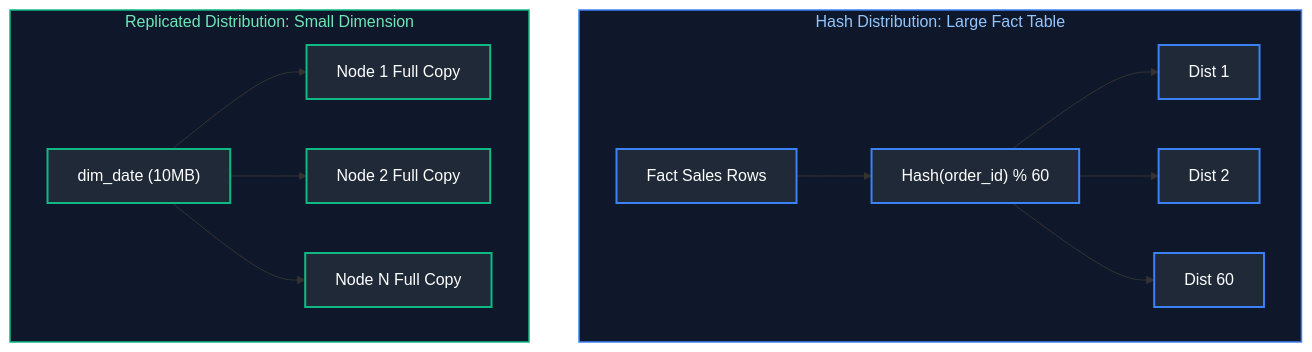
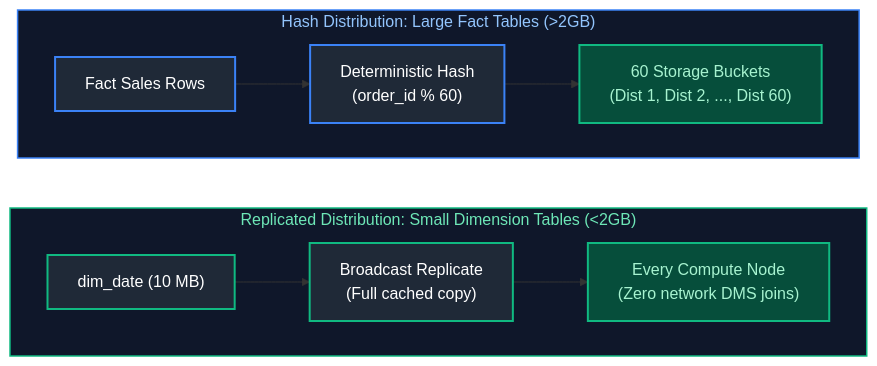
One commit to joydeep-biswas/Interview-Preparation changed the ninth of 12 diagrams in Data Engineering/13_azure_data_engineering_and_devops.md. Above: the diagram before and after it, drawn with Mermaid. The commit also changed other lines of this file and 76 other files, not shown here.

Commit message:
Updated Charts

````diff
--- a/Data Engineering/13_azure_data_engineering_and_devops.md
+++ b/Data Engineering/13_azure_data_engineering_and_devops.md
@@ -751,26 +756,24 @@
 ```mermaid
 flowchart TD
-    subgraph HashDist ["Hash Distribution: Large Fact Table"]
-        InFact["Fact Sales Rows"] --> HashFn["Hash(order_id) % 60"]
-        HashFn --> B1["Dist 1"] & B2["Dist 2"] & B60["Dist 60"]
+    subgraph HashDist ["Hash Distribution: Large Fact Tables (>2GB)"]
+        direction LR
+        InFact["Fact Sales Rows"] --> HashFn["Deterministic Hash<br/>(order_id % 60)"] --> Buckets["60 Storage Buckets<br/>(Dist 1, Dist 2, ..., Dist 60)"]
     end
 
-    subgraph ReplDist ["Replicated Distribution: Small Dimension"]
-        Dim["dim_date (10MB)"] --> RNode1["Node 1 Full Copy"]
-        Dim --> RNode2["Node 2 Full Copy"]
-        Dim --> RNodeN["Node N Full Copy"]
+    subgraph ReplDist ["Replicated Distribution: Small Dimension Tables (<2GB)"]
+        direction LR
+        Dim["dim_date (10 MB)"] --> Distribute["Broadcast Replicate<br/>(Full cached copy)"] --> Compute["Every Compute Node<br/>(Zero network DMS joins)"]
     end
+
+    HashDist ~~~ ReplDist
 
     style HashDist fill:#0f172a,stroke:#3b82f6,stroke-width:1.5px,color:#93c5fd
     style ReplDist fill:#0f172a,stroke:#10b981,stroke-width:1.5px,color:#6ee7b7
 
     style InFact fill:#1f2937,stroke:#3b82f6,stroke-width:2px,color:#fff
     style HashFn fill:#1f2937,stroke:#3b82f6,stroke-width:2px,color:#fff
-    style B1 fill:#1f2937,stroke:#3b82f6,stroke-width:2px,color:#fff
-    style B2 fill:#1f2937,stroke:#3b82f6,stroke-width:2px,color:#fff
-    style B60 fill:#1f2937,stroke:#3b82f6,stroke-width:2px,color:#fff
+    style Buckets fill:#064e3b,stroke:#10b981,stroke-width:2px,color:#a7f3d0
     style Dim fill:#1f2937,stroke:#10b981,stroke-width:2px,color:#fff
-    style RNode1 fill:#1f2937,stroke:#10b981,stroke-width:2px,color:#fff
-    style RNode2 fill:#1f2937,stroke:#10b981,stroke-width:2px,color:#fff
-    style RNodeN fill:#1f2937,stroke:#10b981,stroke-width:2px,color:#fff
+    style Distribute fill:#1f2937,stroke:#10b981,stroke-width:2px,color:#fff
+    style Compute fill:#064e3b,stroke:#10b981,stroke-width:2px,color:#a7f3d0
 ```
````
